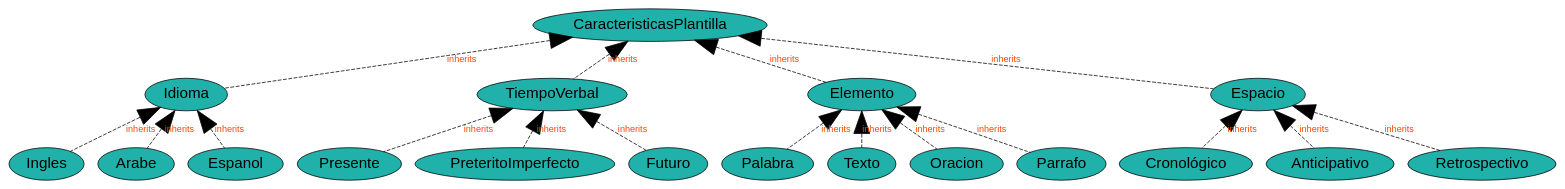
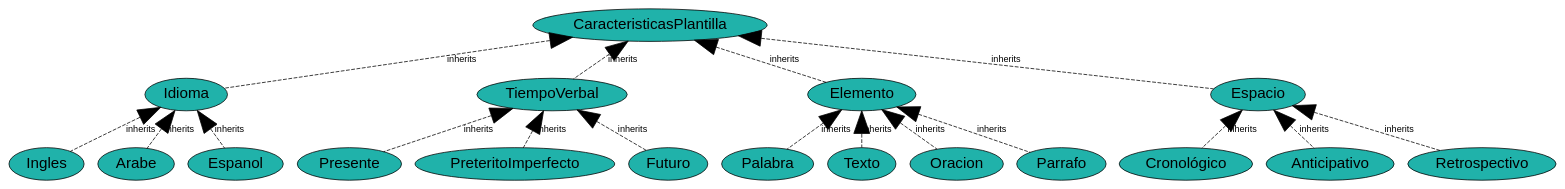
One commit to JuanCasado/Lenguajes changed the diagram in Output/csv_dot1_characteristics.dot. Above: the diagram before and after it, drawn with Graphviz. The commit also changed 17 other files, not shown here.

```diff
--- a/Output/csv_dot1_characteristics.dot
+++ b/Output/csv_dot1_characteristics.dot
@@ -1,71 +1,71 @@
 graph characteristics{
 	//Defecto
 	node [fontname="Arial"];
 	edge [fontname="Arial",fontsize=12];
 
 	//PROPERTIES
 	  node [shape="record",style="filled",fillcolor="lightgoldenrodyellow",fontsize="10"]
 	
 
 	//CLASES
 	node [shape="ellipse",style="filled",fillcolor="lightseagreen",fontsize="20"]	
 	
 	class_Palabra [label="Palabra"];
 	class_Cronológico [label="Cronológico"];
 	class_Presente [label="Presente"];
 	class_Anticipativo [label="Anticipativo"];
 	class_Idioma [label="Idioma"];
 	class_TiempoVerbal [label="TiempoVerbal"];
 	class_Retrospectivo [label="Retrospectivo"];
 	class_Texto [label="Texto"];
 	class_Oracion [label="Oracion"];
 	class_Ingles [label="Ingles"];
 	class_PreteritoImperfecto [label="PreteritoImperfecto"];
 	class_Elemento [label="Elemento"];
 	class_CaracteristicasPlantilla [label="CaracteristicasPlantilla"];
 	class_Arabe [label="Arabe"];
 	class_Espanol [label="Espanol"];
 	class_Futuro [label="Futuro"];
 	class_Espacio [label="Espacio"];
 	class_Parrafo [label="Parrafo"];
 
 	//RELACIONES
 	node [shape="hexagon",style="filled",fillcolor="paleturquoise",fontsize="15"]	
 	
 
 	//CLASE -- PROPIEDAD
 
 edge[style="dashed",len="3",color="grey"]	
 
 	//RELACION -- PROPIEDAD
 	
 
 	// uso indirecto de definiciÃ³n de tipos
 	edge[style="dotted",arrowhead="vee",dir="forward",arrowsize="2"];
 
 	// asociaciones a travÃ©s de atributos marcadas de forma directa
 	edge[fontcolor="orangered", color="orangered", style="dashed", arrowhead="vee",dir="forward",arrowsize="2"];
 
 	// herencias
-	edge[len="5",color="black",arrowhead="normal",arrowsize="3",dir="back",]	class_CaracteristicasPlantilla -- class_Idioma [label="inherits"];
+	edge[len="5"fontcolor="black",color="black",arrowhead="normal",arrowsize="3",dir="back",]	class_CaracteristicasPlantilla -- class_Idioma [label="inherits"];
 	class_Idioma -- class_Espanol [label="inherits"];
 	class_Idioma -- class_Ingles [label="inherits"];
 	class_Idioma -- class_Arabe [label="inherits"];
 	class_CaracteristicasPlantilla -- class_TiempoVerbal [label="inherits"];
 	class_TiempoVerbal -- class_Presente [label="inherits"];
 	class_TiempoVerbal -- class_Futuro [label="inherits"];
 	class_TiempoVerbal -- class_PreteritoImperfecto [label="inherits"];
 	class_CaracteristicasPlantilla -- class_Espacio [label="inherits"];
 	class_Espacio -- class_Cronológico [label="inherits"];
 	class_Espacio -- class_Retrospectivo [label="inherits"];
 	class_Espacio -- class_Anticipativo [label="inherits"];
 	class_CaracteristicasPlantilla -- class_Elemento [label="inherits"];
 	class_Elemento -- class_Texto [label="inherits"];
 	class_Elemento -- class_Parrafo [label="inherits"];
 	class_Elemento -- class_Oracion [label="inherits"];
 	class_Elemento -- class_Palabra [label="inherits"];
 
 	// enlaces de relaciones
 	edge[len="2",penwidth="3",color="blue",fontcolor="blue",dir="forward",arrowhead="normal"]
 
 }
```
